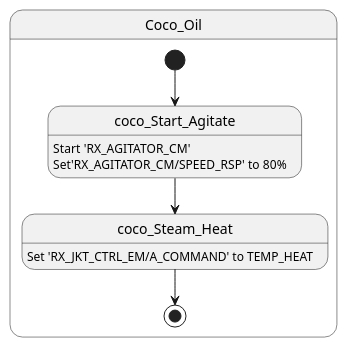
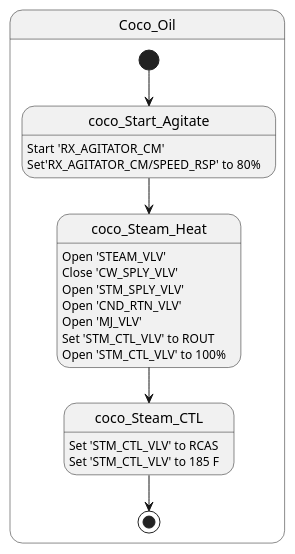
Before and after one commit to mekcrab/Solvay_test: the diagram in specs/Recipe/Stage/A165-R1/Coco_Oil.puml, drawn with PlantUML. The commit also changed 3 other files, not shown here.

```diff
--- a/specs/Recipe/Stage/A165-R1/Coco_Oil.puml
+++ b/specs/Recipe/Stage/A165-R1/Coco_Oil.puml
@@ -1,16 +1,26 @@
 @startuml
 
 state Coco_Oil{
 
 [*] --> coco_Start_Agitate
 coco_Start_Agitate: Start 'RX_AGITATOR_CM'
 coco_Start_Agitate: Set'RX_AGITATOR_CM/SPEED_RSP' to 80%
 
 coco_Start_Agitate --> coco_Steam_Heat
-coco_Steam_Heat: Set 'RX_JKT_CTRL_EM/A_COMMAND' to TEMP_HEAT
+coco_Steam_Heat: Open 'STEAM_VLV'
+coco_Steam_Heat: Close 'CW_SPLY_VLV'
+coco_Steam_Heat: Open 'STM_SPLY_VLV'
+coco_Steam_Heat: Open 'CND_RTN_VLV'
+coco_Steam_Heat: Open 'MJ_VLV'
+coco_Steam_Heat: Set 'STM_CTL_VLV' to ROUT
+coco_Steam_Heat: Open 'STM_CTL_VLV' to 100%
 
-coco_Steam_Heat --> [*]
+coco_Steam_Heat --> coco_Steam_CTL
+coco_Steam_CTL: Set 'STM_CTL_VLV' to RCAS
+coco_Steam_CTL: Set 'STM_CTL_VLV' to 185 F
+
+coco_Steam_CTL --> [*]
 
 }
 
 @enduml
```
